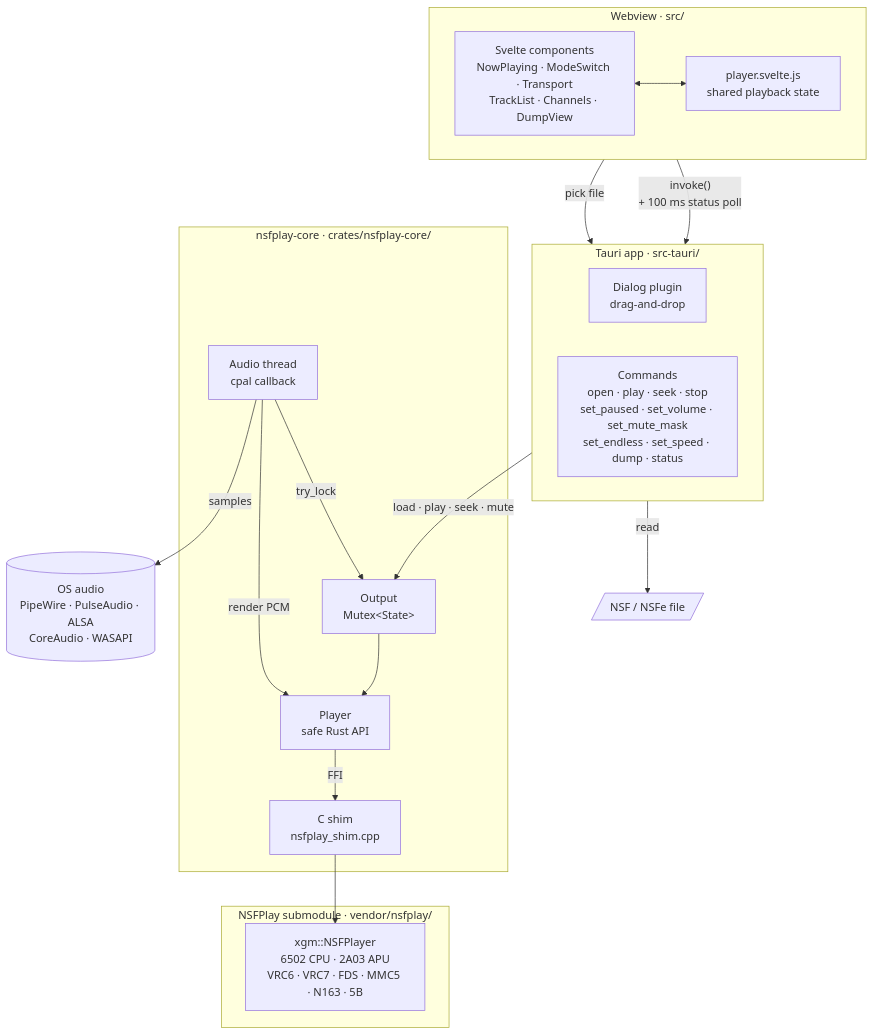
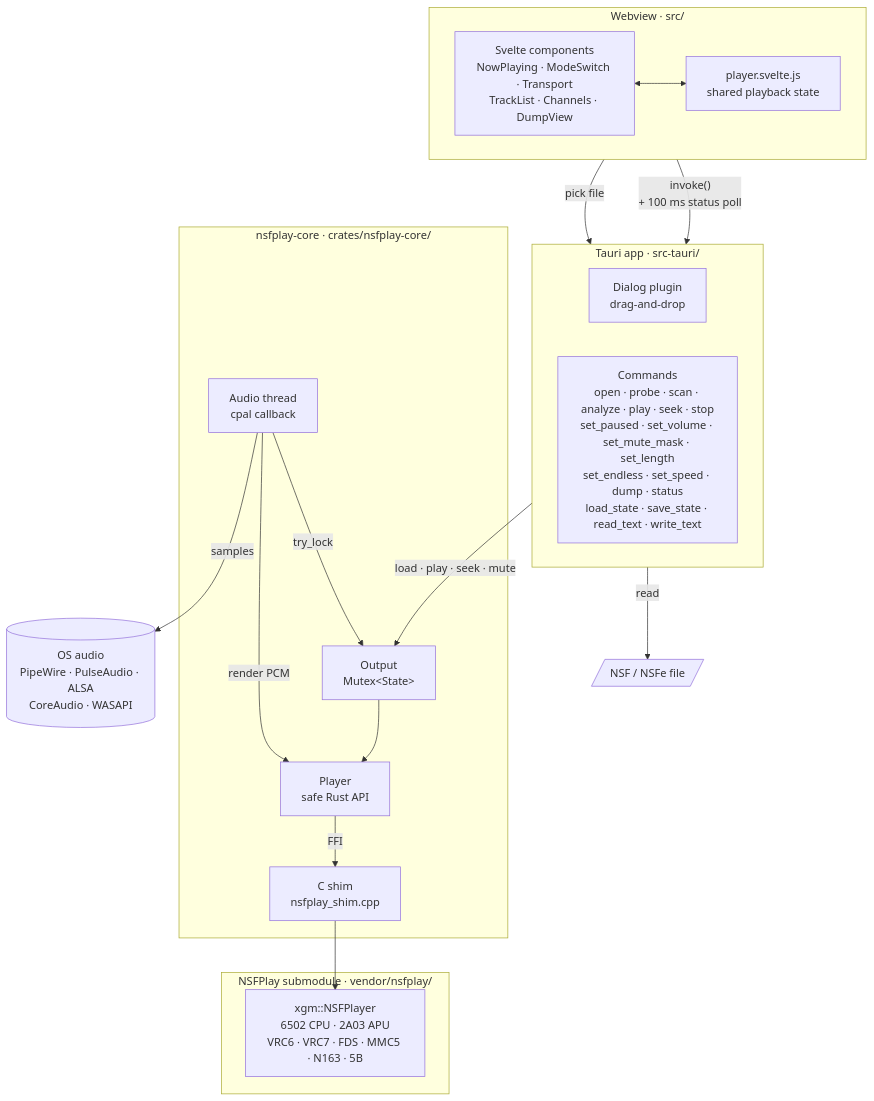
One commit to doodle0/nsfdeck changed the diagram in README.md. Above: the diagram before and after it, drawn with Mermaid. The commit also changed other lines of this file and 15 other files, not shown here.

````diff
--- a/README.md
+++ b/README.md
@@ -24,37 +26,37 @@
 ```mermaid
 flowchart TB
     subgraph webview["Webview · src/"]
         direction LR
         ui["Svelte components<br/>NowPlaying · ModeSwitch · Transport<br/>TrackList · Channels · DumpView"] <--> store["player.svelte.js<br/>shared playback state"]
     end
 
     subgraph app["Tauri app · src-tauri/"]
         direction LR
         dialog["Dialog plugin<br/>drag-and-drop"]
-        cmds["Commands<br/>open · play · seek · stop<br/>set_paused · set_volume · set_mute_mask<br/>set_endless · set_speed · dump · status"]
+        cmds["Commands<br/>open · probe · scan · analyze · play · seek · stop<br/>set_paused · set_volume · set_mute_mask · set_length<br/>set_endless · set_speed · dump · status<br/>load_state · save_state · read_text · write_text"]
     end
 
     subgraph core["nsfplay-core · crates/nsfplay-core/"]
         output["Output<br/>Mutex&lt;State&gt;"]
         audio["Audio thread<br/>cpal callback"]
         player["Player<br/>safe Rust API"]
         shim["C shim<br/>nsfplay_shim.cpp"]
     end
 
     subgraph nsfplay["NSFPlay submodule · vendor/nsfplay/"]
         xgm["xgm::NSFPlayer<br/>6502 CPU · 2A03 APU<br/>VRC6 · VRC7 · FDS · MMC5 · N163 · 5B"]
     end
 
     file[/"NSF / NSFe file"/]
     os[("OS audio<br/>PipeWire · PulseAudio · ALSA<br/>CoreAudio · WASAPI")]
 
     store -- "invoke()<br/>+ 100 ms status poll" --> cmds
     store -- "pick file" --> dialog
     cmds -- "read" --> file
     cmds -- "load · play · seek · mute" --> output
     output --> player
     audio -- "try_lock" --> output
     audio -- "render PCM" --> player
     player -- "FFI" --> shim --> xgm
     audio -- "samples" --> os
 ```
````
